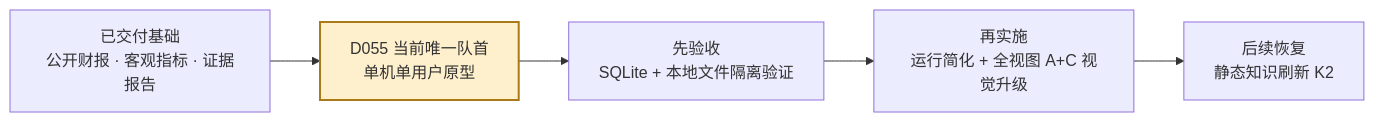
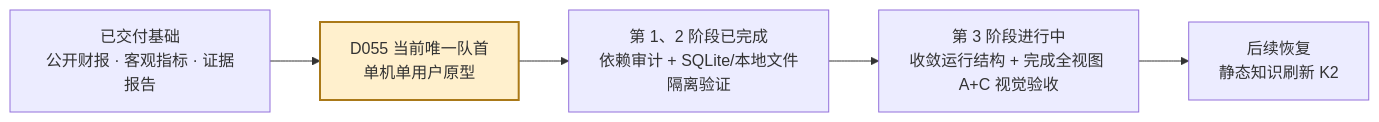
The tenth of 10 diagrams in README.md (davyzhong/FLOW), drawn with Mermaid before and after one commit. The commit also changed other lines of this file and 5 other files, not shown here.

````diff
--- a/README.md
+++ b/README.md
@@ -800,8 +800,8 @@
 ```mermaid
 flowchart LR
     A["已交付基础<br/>公开财报 · 客观指标 · 证据报告"] --> B["D055 当前唯一队首<br/>单机单用户原型"]
-    B --> C["先验收<br/>SQLite + 本地文件隔离验证"]
-    C --> D["再实施<br/>运行简化 + 全视图 A+C 视觉升级"]
+    B --> C["第 1、2 阶段已完成<br/>依赖审计 + SQLite/本地文件隔离验证"]
+    C --> D["第 3 阶段进行中<br/>收敛运行结构 + 完成全视图 A+C 视觉验收"]
     D --> E["后续恢复<br/>静态知识刷新 K2"]
     style B fill:#fff0cd,stroke:#aa7918,stroke-width:2px
 ```
````
